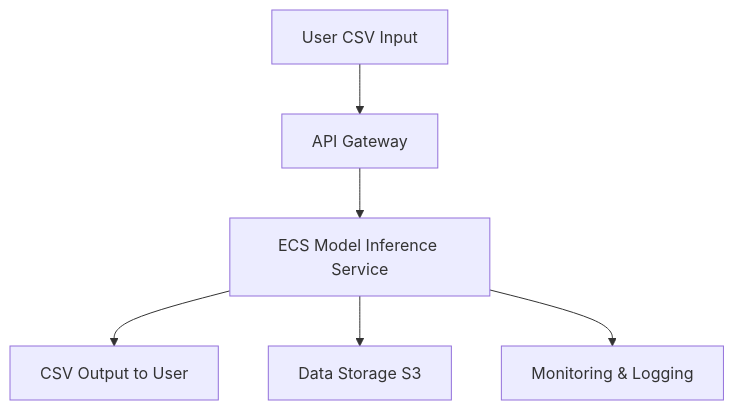
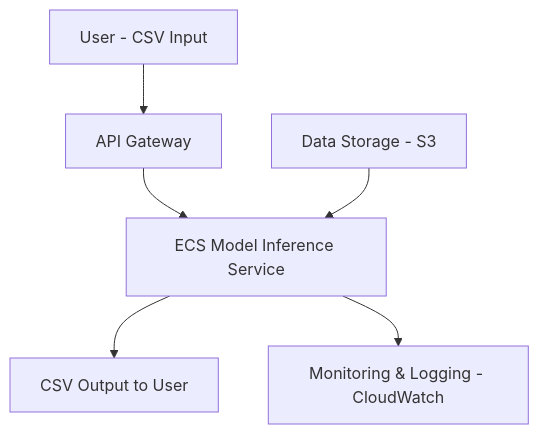
The diagram in deployment/README.md (marta-seq/kinDELexplore), drawn with Mermaid before and after one commit. The commit also changed other lines of this file, not shown here.

Commit message:
changes to diagram

````diff
--- a/deployment/README.md
+++ b/deployment/README.md
@@ -18,8 +29,9 @@
 ```mermaid
 flowchart TD
-    A[User CSV Input] --> B[API Gateway]
+    A[User - CSV Input] --> B[API Gateway]
     B --> C[ECS Model Inference Service]
+    E[Data Storage - S3] --> C
     C --> D[CSV Output to User]
-    C --> E[Data Storage S3]
-    C --> F[Monitoring & Logging ]
+    C --> F[Monitoring & Logging - CloudWatch]
+
 ```
````
